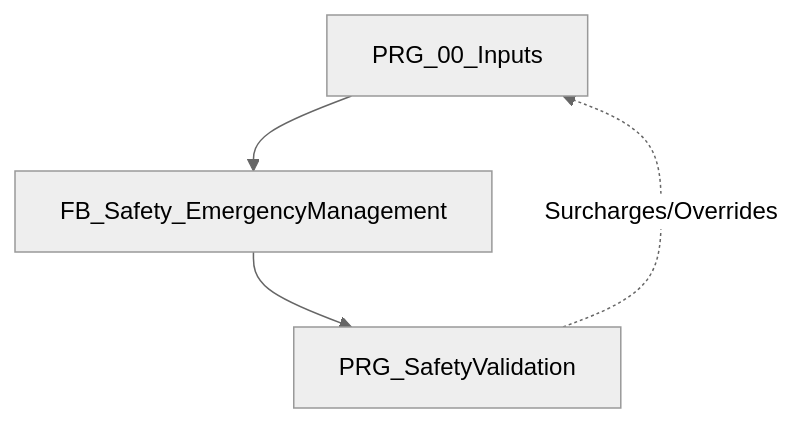
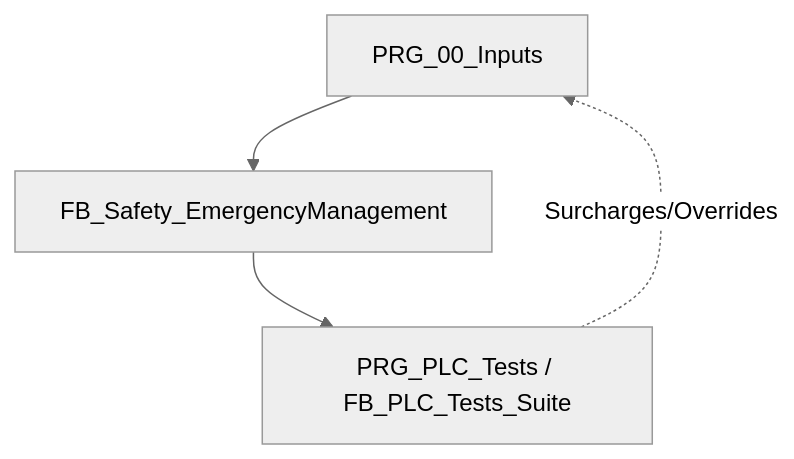
One commit to MatGros/2026_Projet_YGO_ExcavatriceDragage changed the diagram in DOC/AF_Partie-14_PLC_Tests_Validation_v1.0.md. Above: the diagram before and after it, drawn with Mermaid (neutral theme). The commit also changed other lines of this file, not shown here.

Commit message:
docs(tests): mettre à jour AF Partie 14 avec l'architecture composite de Blocs de Fonction de test

````diff
--- a/DOC/AF_Partie-14_PLC_Tests_Validation_v1.0.md
+++ b/DOC/AF_Partie-14_PLC_Tests_Validation_v1.0.md
@@ -66,6 +69,6 @@
 ```mermaid
 flowchart TD
     Inputs[PRG_00_Inputs] --> SafetyFB[FB_Safety_EmergencyManagement]
-    SafetyFB --> Validation[PRG_SafetyValidation]
+    SafetyFB --> Validation[PRG_PLC_Tests / FB_PLC_Tests_Suite]
     Validation -. Surcharges/Overrides .-> Inputs
 ```
````
